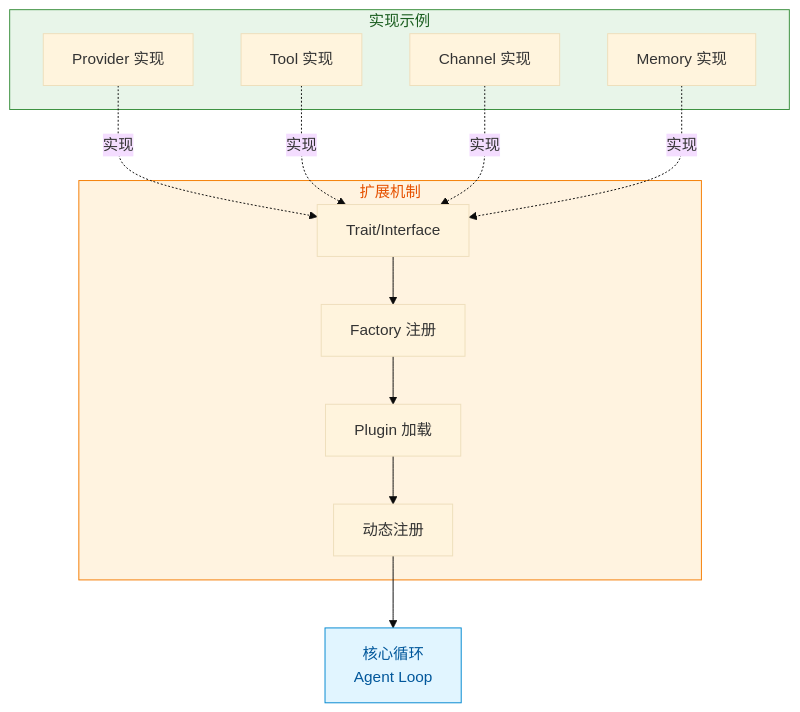
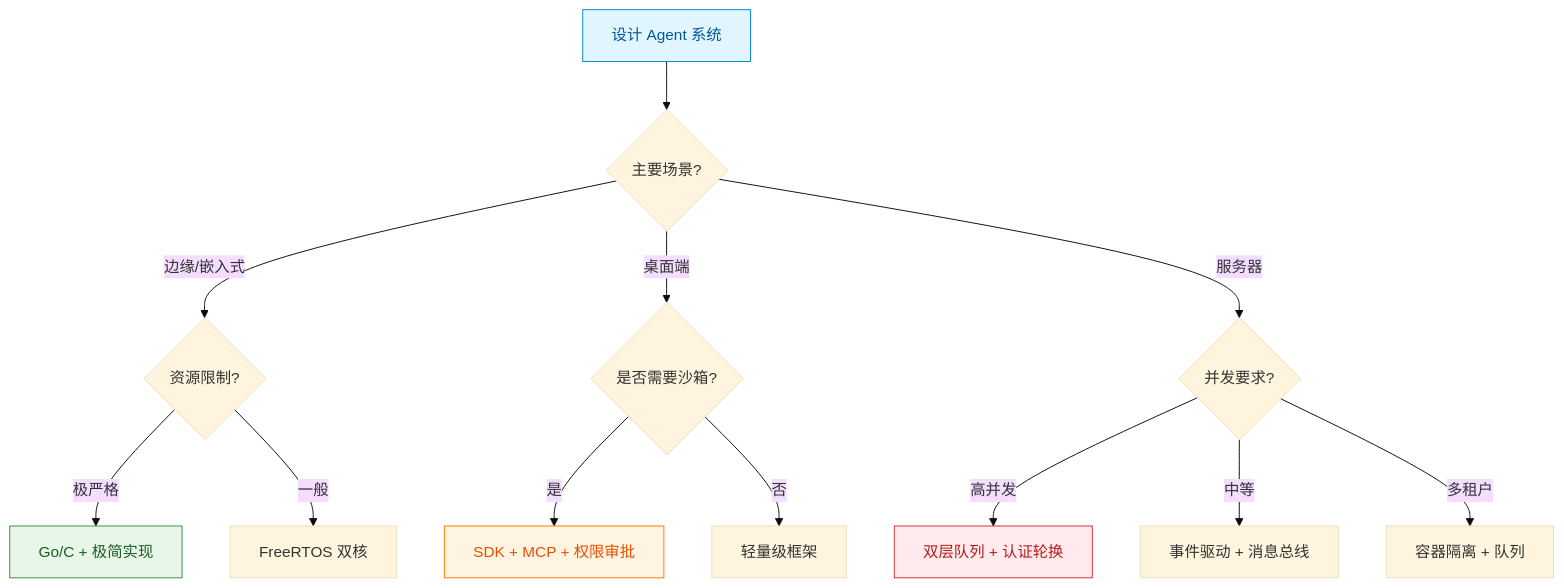
Before and after one commit to FreezeSoul/freezesoul.github.com: the fourth of 4 diagrams in _posts/2026-03-05-agent-design-02-architecture-practice.md, drawn with Mermaid (base theme). The commit also changed other lines of this file and 2 other files, not shown here.

````diff
--- a/_posts/2026-03-05-agent-design-02-architecture-practice.md
+++ b/_posts/2026-03-05-agent-design-02-architecture-practice.md
@@ -1449,33 +331,23 @@
 ```mermaid
 flowchart TD
-    Core["核心循环<br/>Agent Loop"]
-    
-    subgraph Extension["扩展机制"]
-        T1["Trait/Interface"]
-        T2["Factory 注册"]
-        T3["Plugin 加载"]
-        T4["动态注册"]
-    end
-    
-    subgraph Implementations["实现示例"]
-        I1["Provider 实现"]
-        I2["Tool 实现"]
-        I3["Channel 实现"]
-        I4["Memory 实现"]
-    end
-    
-    T1 --> T2
-    T2 --> T3
-    T3 --> T4
-    
-    I1 -.->|实现| T1
-    I2 -.->|实现| T1
-    I3 -.->|实现| T1
-    I4 -.->|实现| T1
-    
-    T4 --> Core
-    
-    style Core fill:#e1f5ff,stroke:#0288d1,color:#01579b
-    style Extension fill:#fff3e0,stroke:#f57c00,color:#e65100
-    style Implementations fill:#e8f5e9,stroke:#388e3c,color:#1b5e20
+    Start["设计 Agent 系统"] --> Q1{主要场景?}
+
+    Q1 -->|边缘/嵌入式| Q2{资源限制?}
+    Q1 -->|桌面端| Q3{是否需要沙箱?}
+    Q1 -->|服务器| Q4{并发要求?}
+
+    Q2 -->|极严格| Pico["Go/C + 极简实现"]
+    Q2 -->|一般| Mimi["FreeRTOS 双核"]
+
+    Q3 -->|是| Lobster["SDK + MCP + 权限审批"]
+    Q3 -->|否| Desktop["轻量级框架"]
+
+    Q4 -->|高并发| Open["双层队列 + 认证轮换"]
+    Q4 -->|中等| Nano["事件驱动 + 消息总线"]
+    Q4 -->|多租户| Container["容器隔离 + 队列"]
+
+    style Start fill:#e1f5ff,stroke:#0288d1,color:#01579b
+    style Pico fill:#e8f5e9,stroke:#388e3c,color:#1b5e20
+    style Lobster fill:#fff4e1,stroke:#f57c00,color:#e65100
+    style Open fill:#ffebee,stroke:#d32f2f,color:#b71c1c
 ```
````
